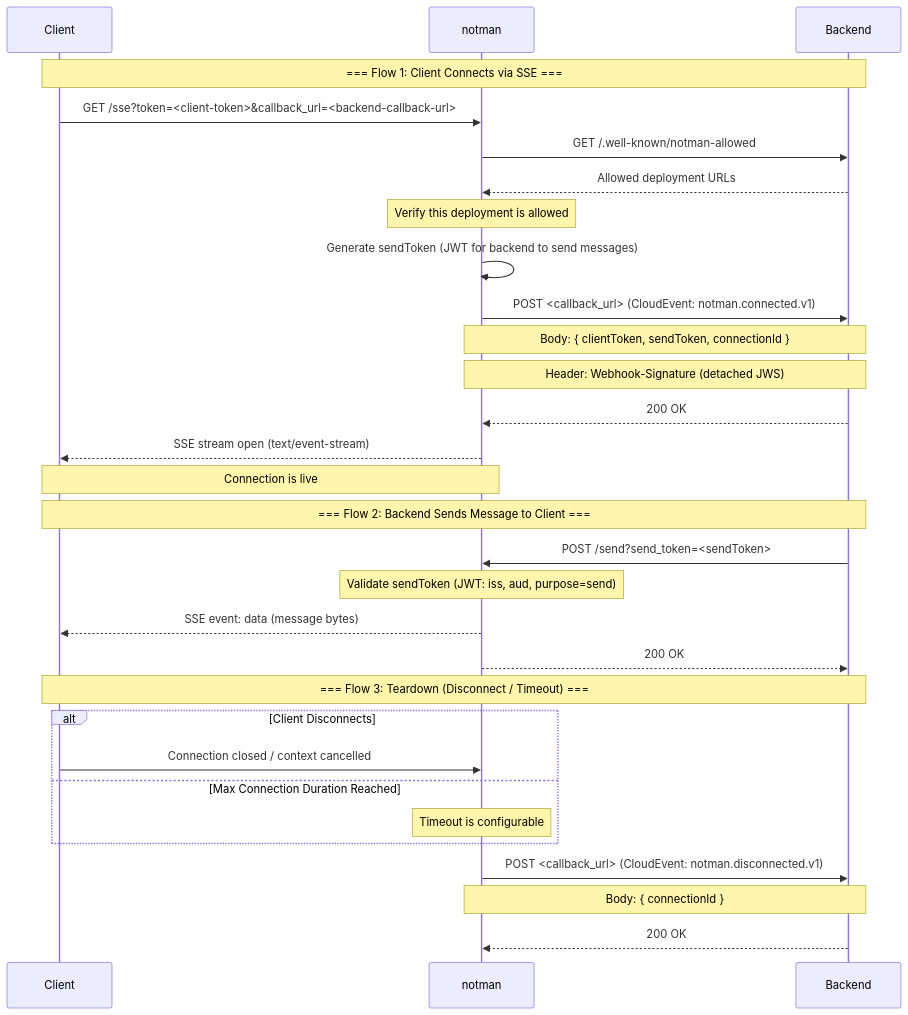
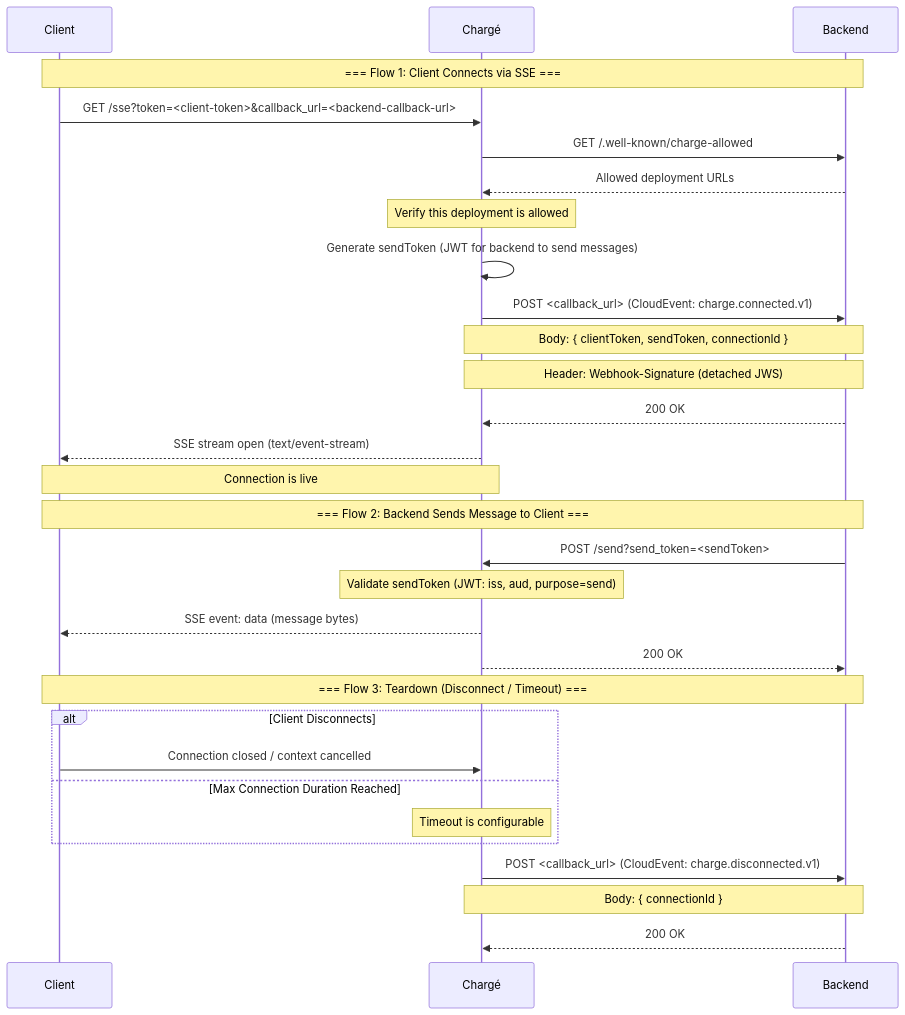
One commit to sidusio/charge changed the diagram in README.md. Above: the diagram before and after it, drawn with Mermaid. The commit also changed other lines of this file and 9 other files, not shown here.

````diff
--- a/README.md
+++ b/README.md
@@ -6,45 +6,45 @@
 ```mermaid
 sequenceDiagram
     participant Client
-    participant notman
+    participant charge as Chargé
     participant Backend
 
     Note over Client,Backend: === Flow 1: Client Connects via SSE ===
 
-    Client->>notman: GET /sse?token=<client-token>&callback_url=<backend-callback-url>
+    Client->>charge: GET /sse?token=<client-token>&callback_url=<backend-callback-url>
 
-    notman->>Backend: GET /.well-known/notman-allowed
-    Backend-->>notman: Allowed deployment URLs
-    Note over notman: Verify this deployment is allowed
+    charge->>Backend: GET /.well-known/charge-allowed
+    Backend-->>charge: Allowed deployment URLs
+    Note over charge: Verify this deployment is allowed
 
-    notman->>notman: Generate sendToken (JWT for backend to send messages)
+    charge->>charge: Generate sendToken (JWT for backend to send messages)
 
-    notman->>Backend: POST <callback_url> (CloudEvent: notman.connected.v1)
-    Note over notman,Backend: Body: { clientToken, sendToken, connectionId }
-    Note over notman,Backend: Header: Webhook-Signature (detached JWS)
-    Backend-->>notman: 200 OK
+    charge->>Backend: POST <callback_url> (CloudEvent: charge.connected.v1)
+    Note over charge,Backend: Body: { clientToken, sendToken, connectionId }
+    Note over charge,Backend: Header: Webhook-Signature (detached JWS)
+    Backend-->>charge: 200 OK
 
-    notman-->>Client: SSE stream open (text/event-stream)
-    Note over Client,notman: Connection is live
+    charge-->>Client: SSE stream open (text/event-stream)
+    Note over Client,charge: Connection is live
 
 
     Note over Client,Backend: === Flow 2: Backend Sends Message to Client ===
 
-    Backend->>notman: POST /send?send_token=<sendToken>
-    Note over notman: Validate sendToken (JWT: iss, aud, purpose=send)
-    notman-->>Client: SSE event: data (message bytes)
-    notman-->>Backend: 200 OK
+    Backend->>charge: POST /send?send_token=<sendToken>
+    Note over charge: Validate sendToken (JWT: iss, aud, purpose=send)
+    charge-->>Client: SSE event: data (message bytes)
+    charge-->>Backend: 200 OK
 
 
     Note over Client,Backend: === Flow 3: Teardown (Disconnect / Timeout) ===
 
     alt Client Disconnects
-        Client->>notman: Connection closed / context cancelled
+        Client->>charge: Connection closed / context cancelled
     else Max Connection Duration Reached
-        Note over notman: Timeout is configurable
+        Note over charge: Timeout is configurable
     end
     
-    notman->>Backend: POST <callback_url> (CloudEvent: notman.disconnected.v1)
-    Note over notman,Backend: Body: { connectionId }
-    Backend-->>notman: 200 OK
+    charge->>Backend: POST <callback_url> (CloudEvent: charge.disconnected.v1)
+    Note over charge,Backend: Body: { connectionId }
+    Backend-->>charge: 200 OK
 ```
````
